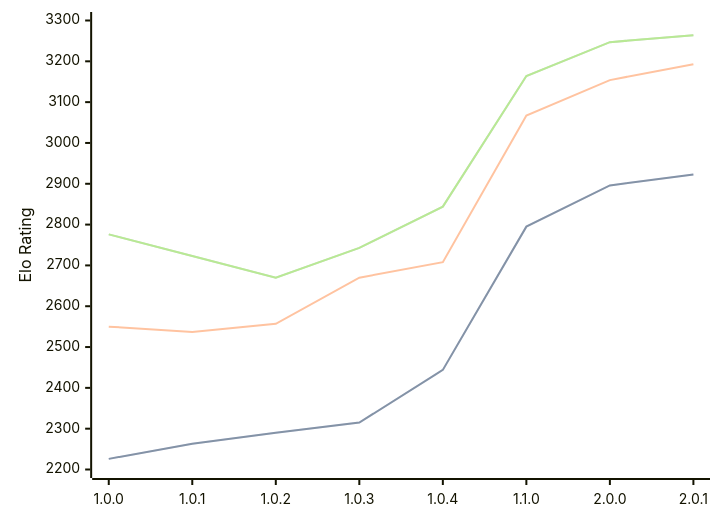
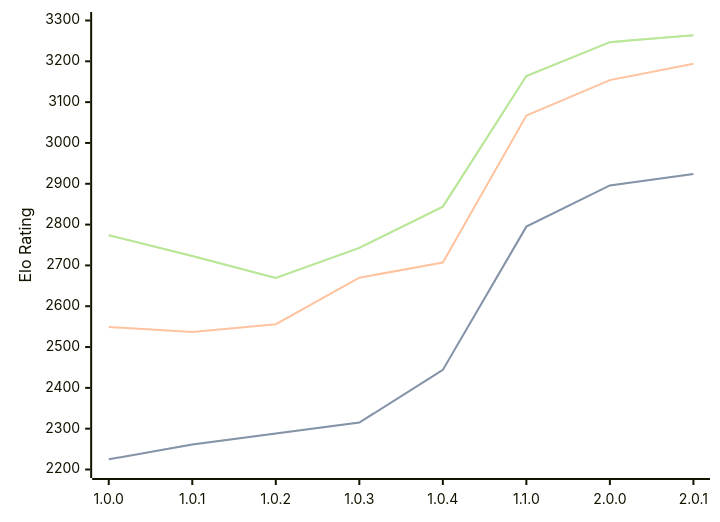
One commit to computer-chess-index/cci changed the third of 3 diagrams in engines/Grail.md. Above: the diagram before and after it, drawn with Mermaid. The commit also changed other lines of this file, not shown here.

Commit message:
Update CCI Ratings (ELO VLTC) - 2026-06-27

````diff
--- a/engines/Grail.md
+++ b/engines/Grail.md
@@ -71,11 +71,11 @@
 ```mermaid
 %%{init: {"theme":"base","themeVariables":{"seriesColors:['#a3a3a3','#222221','#faa371']}}}%%
 xychart-beta
   x-axis ["1.0.0", "1.0.1", "1.0.2", "1.0.3", "1.0.4", "1.1.0", "2.0.0", "2.0.1"]
   y-axis "Elo Rating" 2200 --> 3300
-  line "STC (8.0+0.08s)" [2226, 2263, 2290, 2315, 2444, 2795, 2896, 2923]
-  line "STC (8.0+0.08s)" [2226, 2263, 2290, 2315, 2444, 2795, 2896, 2923]
-  line "LTC (60.0+0.60s)" [2550, 2537, 2557, 2670, 2708, 3067, 3154, 3193]
-  line "VLTC (2m24s+1.12s)" [2776, 2723, 2670, 2743, 2844, 3164, 3247, 3264]
-  line "VLTC (2m24s+1.12s)" [2776, 2723, 2670, 2743, 2844, 3164, 3247, 3264]
+  line "STC (8.0+0.08s)" [2225, 2261, 2288, 2315, 2444, 2795, 2896, 2924]
+  line "STC (8.0+0.08s)" [2225, 2261, 2288, 2315, 2444, 2795, 2896, 2924]
+  line "LTC (60.0+0.60s)" [2549, 2537, 2556, 2670, 2707, 3067, 3154, 3194]
+  line "VLTC (2m24s+1.12s)" [2774, 2723, 2669, 2743, 2844, 3164, 3247, 3264]
+  line "VLTC (2m24s+1.12s)" [2774, 2723, 2669, 2743, 2844, 3164, 3247, 3264]
 ```
````
